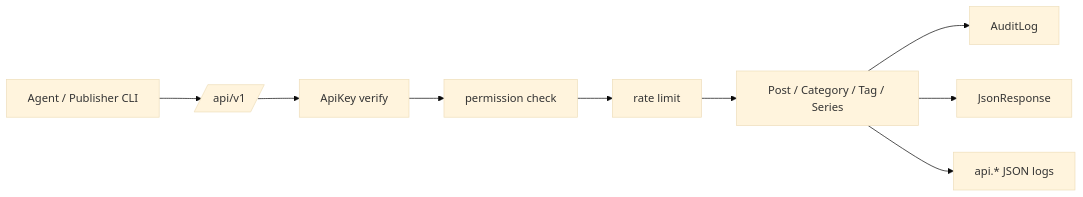
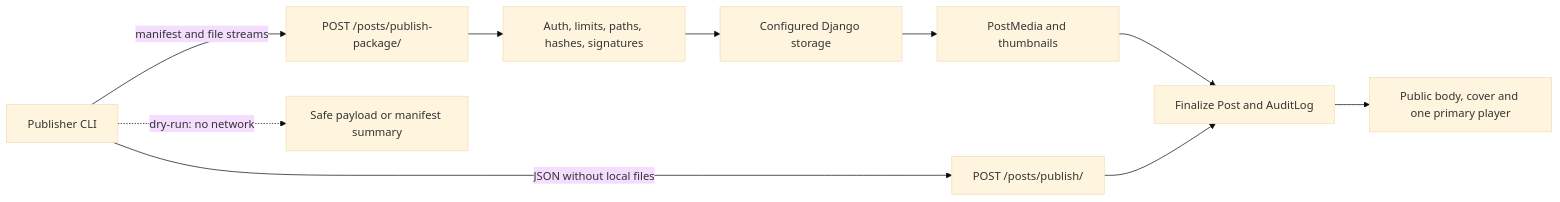
One commit to VladimirMonin/django_6_blog changed the diagram in doc/api.md. Above: the diagram before and after it, drawn with Mermaid (base theme). The commit also changed other lines of this file and 28 other files, not shown here.

Commit message:
feat: publish posts with remote local assets

````diff
--- a/doc/api.md
+++ b/doc/api.md
@@ -7,11 +7,12 @@
 ```mermaid
 flowchart LR
-    A[Agent / Publisher CLI] --> B[/api/v1/]
-    B --> C[ApiKey verify]
-    C --> D[permission check]
-    D --> E[rate limit]
-    E --> F[Post / Category / Tag / Series]
-    F --> G[AuditLog]
-    F --> H[JsonResponse]
-    F --> I[api.* JSON logs]
+    A[Publisher CLI] -->|JSON without local files| J[POST /posts/publish/]
+    A -->|manifest and file streams| P[POST /posts/publish-package/]
+    P --> V[Auth, limits, paths, hashes, signatures]
+    V --> S[Configured Django storage]
+    S --> M[PostMedia and thumbnails]
+    M --> F[Finalize Post and AuditLog]
+    J --> F
+    F --> R[Public body, cover and one primary player]
+    A -. dry-run: no network .-> D[Safe payload or manifest summary]
 ```
````
